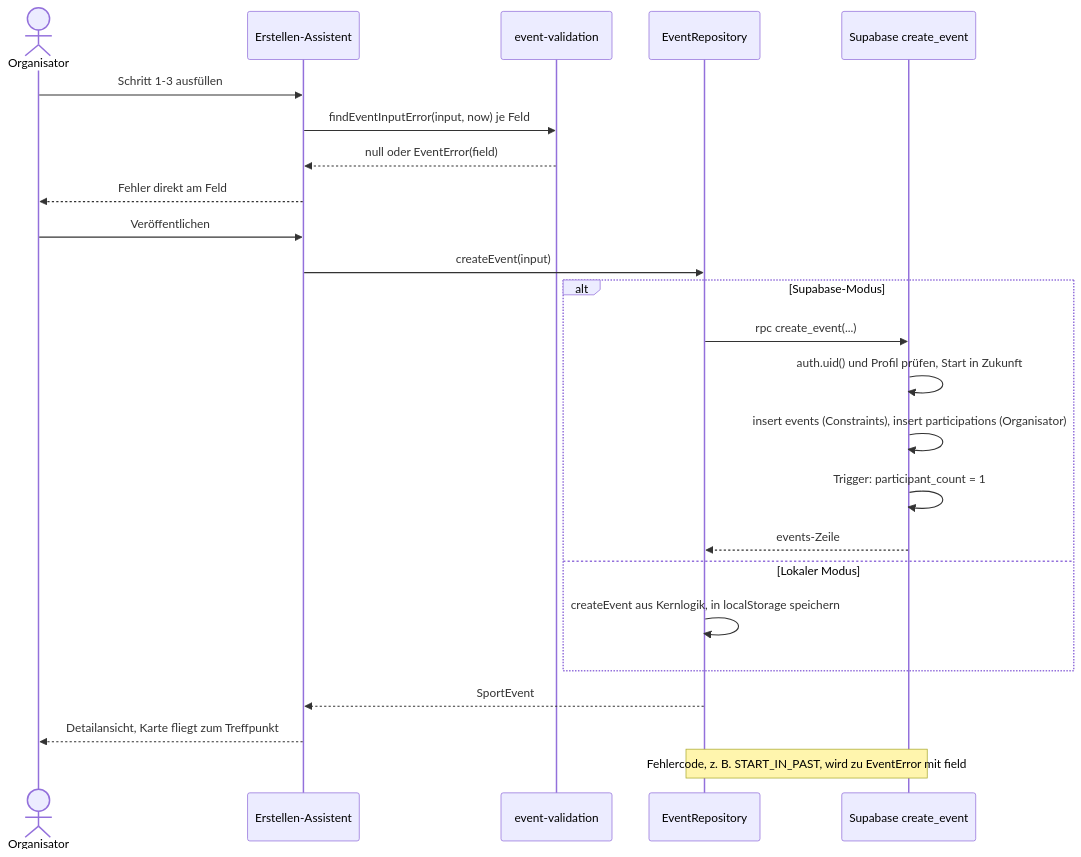
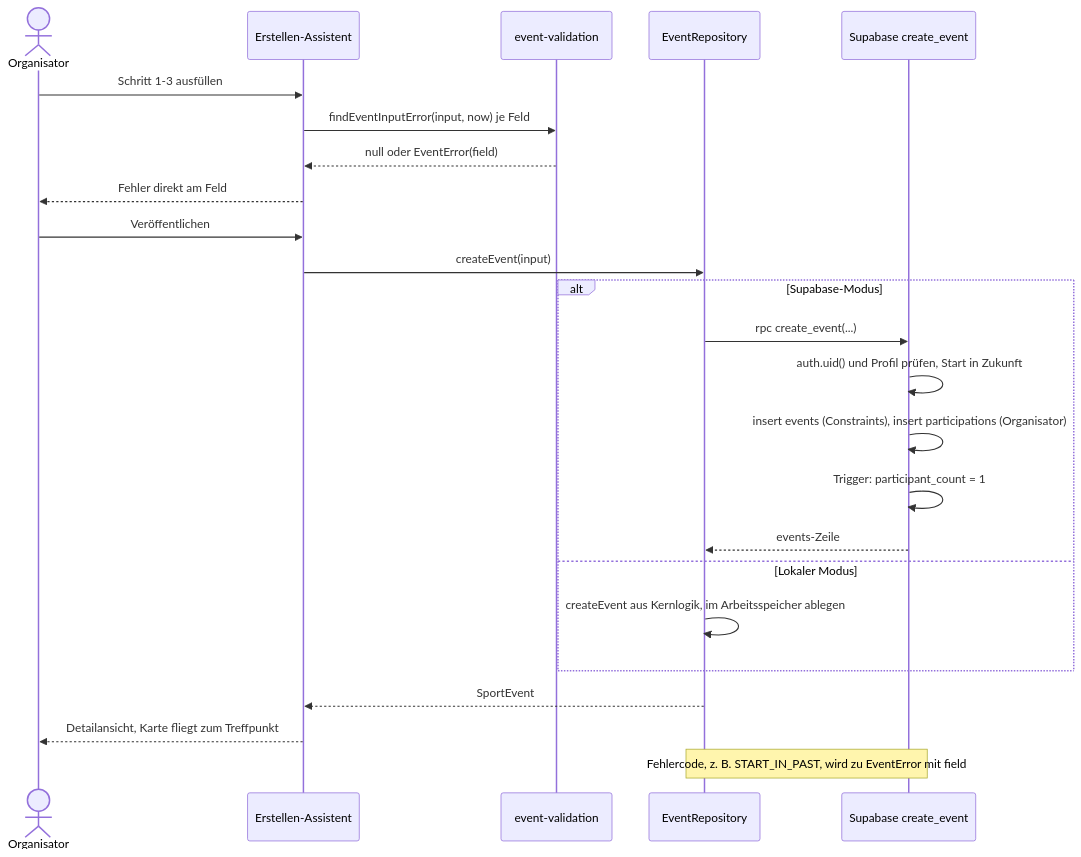
One commit to Paulo-Temme/SportMate changed the third of 9 diagrams in docs/architecture.md. Above: the diagram before and after it, drawn with Mermaid. The commit also changed other lines of this file, not shown here.

Commit message:
F-00: Architektur an den Code angeglichen (src/lib/map, src/lib/ui, AuthGateway, data-services, Arbeitsspeicher nach ADR-0010, Marker-Gruppen, Klassendiagramm, Ordnerstruktur, Story-IDs)

````diff
--- a/docs/architecture.md
+++ b/docs/architecture.md
@@ -209,26 +219,26 @@
 ```mermaid
 sequenceDiagram
   actor O as Organisator
   participant F as Erstellen-Assistent
   participant V as event-validation
   participant R as EventRepository
   participant DB as Supabase create_event
   O->>F: Schritt 1-3 ausfüllen
   F->>V: findEventInputError(input, now) je Feld
   V-->>F: null oder EventError(field)
   F-->>O: Fehler direkt am Feld
   O->>F: Veröffentlichen
   F->>R: createEvent(input)
   alt Supabase-Modus
     R->>DB: rpc create_event(...)
     DB->>DB: auth.uid() und Profil prüfen, Start in Zukunft
     DB->>DB: insert events (Constraints), insert participations (Organisator)
     DB->>DB: Trigger: participant_count = 1
     DB-->>R: events-Zeile
   else Lokaler Modus
-    R->>R: createEvent aus Kernlogik, in localStorage speichern
+    R->>R: createEvent aus Kernlogik, im Arbeitsspeicher ablegen
   end
   R-->>F: SportEvent
   F-->>O: Detailansicht, Karte fliegt zum Treffpunkt
   Note over R,DB: Fehlercode, z. B. START_IN_PAST, wird zu EventError mit field
 ```
````
